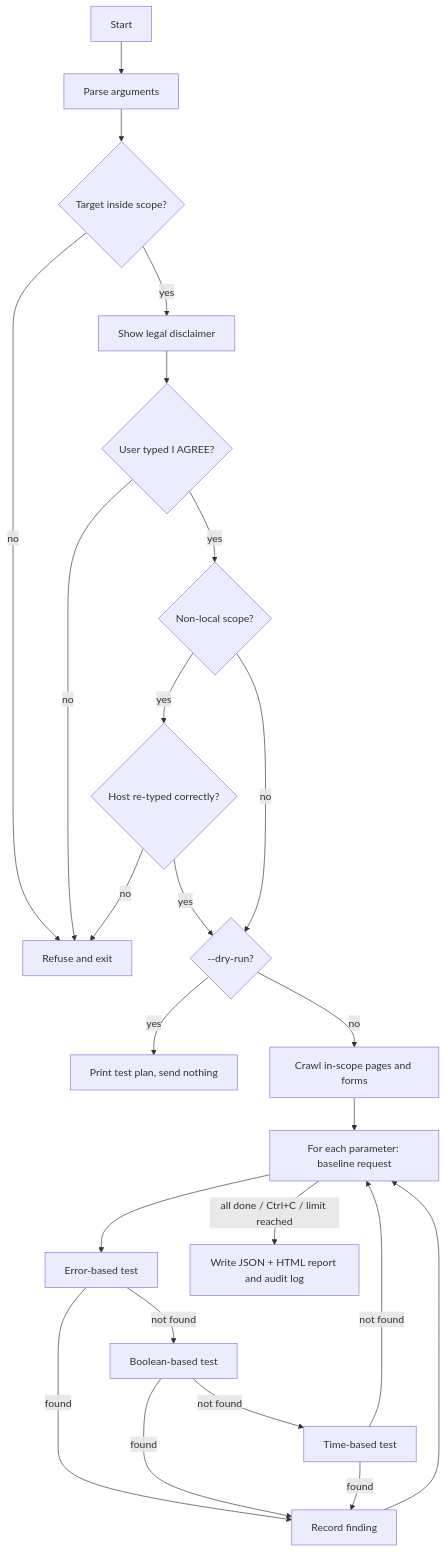
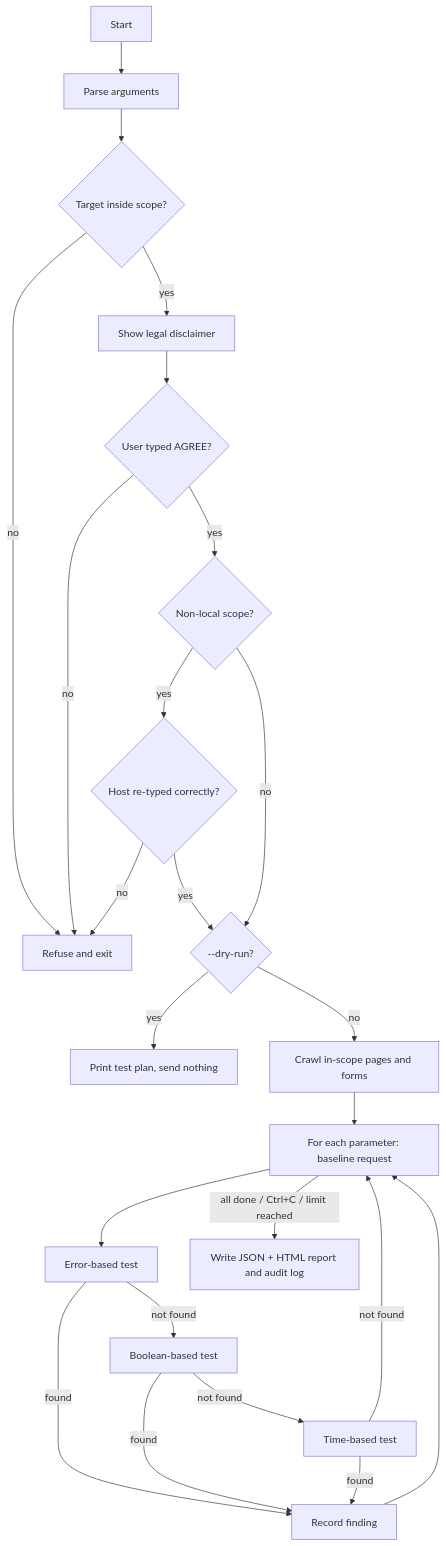
The diagram in README.md (eruwu03/nyeow-sqli-scanner), drawn with Mermaid before and after one commit. The commit also changed other lines of this file and 1 other file, not shown here.

Commit message:
Shorten disclaimer confirmation phrase to AGREE

````diff
--- a/README.md
+++ b/README.md
@@ -71,26 +71,26 @@
 ```mermaid
 flowchart TD
     A[Start] --> B[Parse arguments]
     B --> C{Target inside scope?}
     C -- no --> X[Refuse and exit]
     C -- yes --> D[Show legal disclaimer]
-    D --> E{User typed I AGREE?}
+    D --> E{User typed AGREE?}
     E -- no --> X
     E -- yes --> F{Non-local scope?}
     F -- yes --> G{Host re-typed correctly?}
     G -- no --> X
     G -- yes --> H
     F -- no --> H{--dry-run?}
     H -- yes --> I[Print test plan, send nothing]
     H -- no --> J[Crawl in-scope pages and forms]
     J --> K[For each parameter: baseline request]
     K --> L[Error-based test]
     L -- not found --> M[Boolean-based test]
     M -- not found --> N[Time-based test]
     L -- found --> O[Record finding]
     M -- found --> O
     N -- found --> O
     O --> K
     N -- not found --> K
     K -- all done / Ctrl+C / limit reached --> P[Write JSON + HTML report and audit log]
 ```
````
